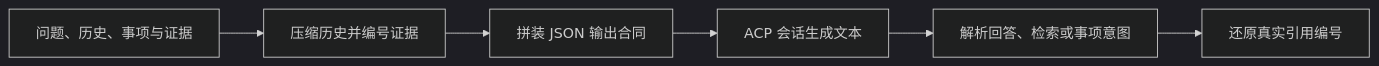
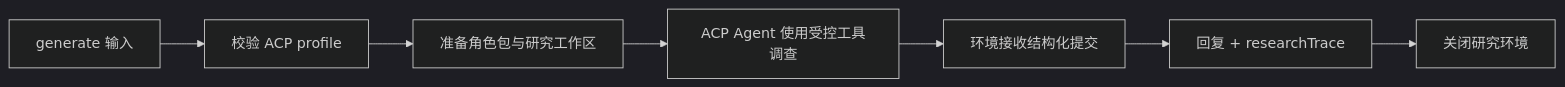
Before and after one commit to lejunyang/omem: the diagram in .repo-review/knowledge/articles/12661f71bb7b912e4993949f4b3d1d6f22c399845d20c1cbced17ce858b7b0cf.md, drawn with Mermaid (dark theme). The commit also changed other lines of this file and 9 other files, not shown here.

````diff
--- a/.repo-review/knowledge/articles/12661f71bb7b912e4993949f4b3d1d6f22c399845d20c1cbced17ce858b7b0cf.md
+++ b/.repo-review/knowledge/articles/12661f71bb7b912e4993949f4b3d1d6f22c399845d20c1cbced17ce858b7b0cf.md
@@ -19,8 +19,9 @@
 ```mermaid
 flowchart LR
-  A[问题、历史、事项与证据] --> B[压缩历史并编号证据]
-  B --> C[拼装 JSON 输出合同]
-  C --> D[ACP 会话生成文本]
-  D --> E[解析回答、检索或事项意图]
-  E --> F[还原真实引用编号]
+  A[generate 输入] --> B[校验 ACP profile]
+  B --> C[准备角色包与研究工作区]
+  C --> D[ACP Agent 使用受控工具调查]
+  D --> E[环境接收结构化提交]
+  E --> F[回复 + researchTrace]
+  F --> G[关闭研究环境]
 ```
````
